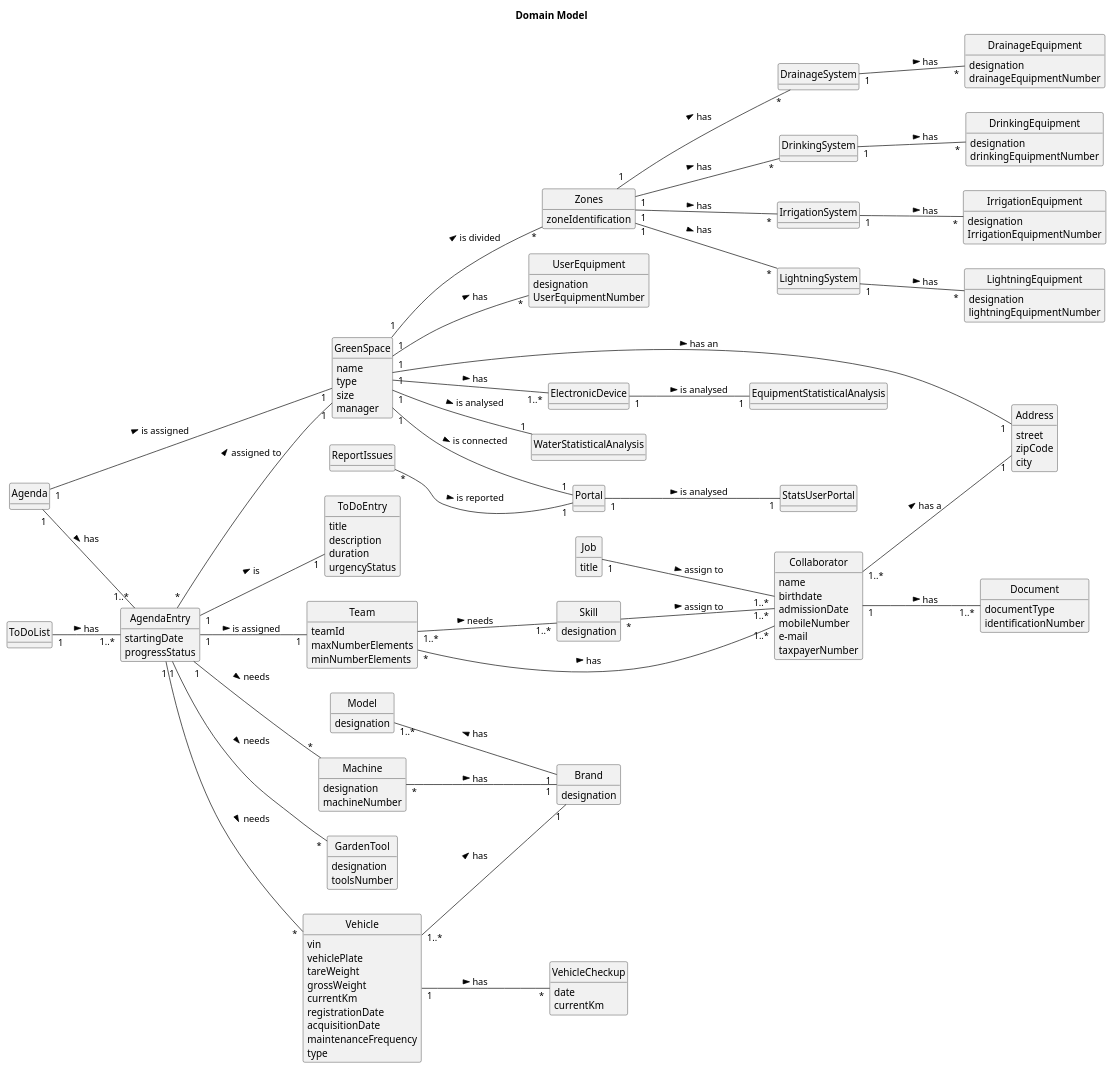
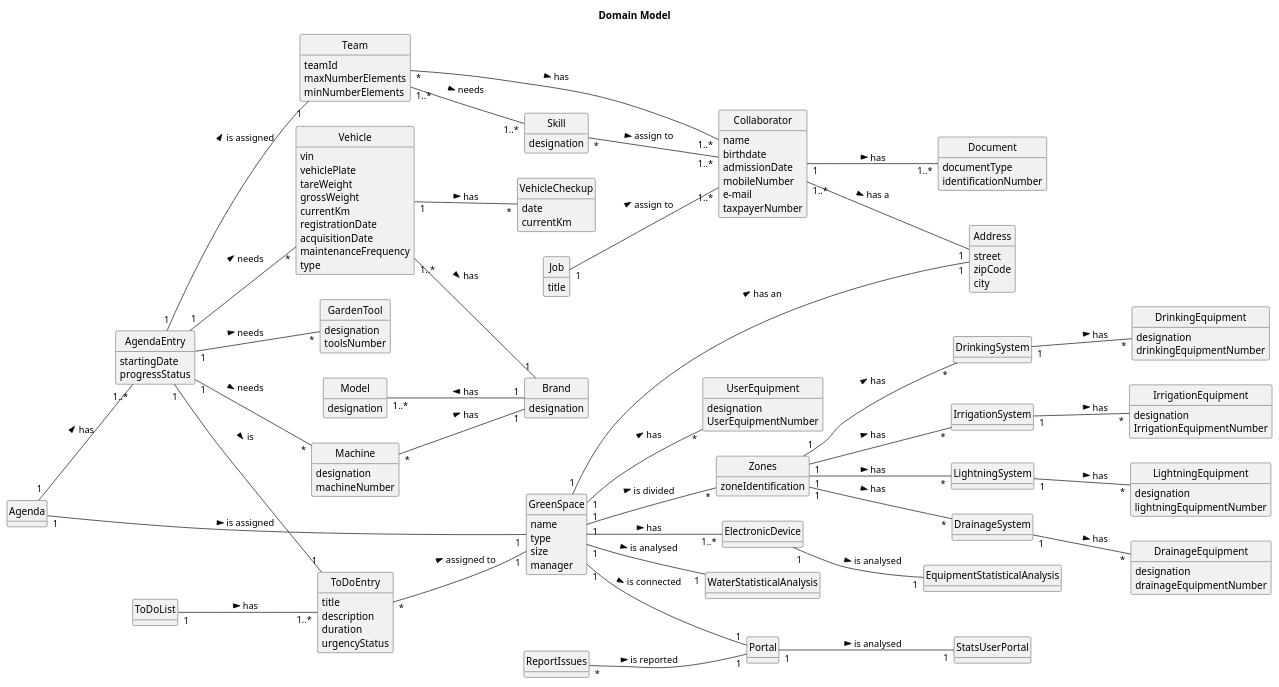
Before and after one commit to ricardomm7/leaflink: the diagram in docs/sprintC/global-artifacts/02.analysis/puml/project-domain-model.puml, drawn with PlantUML. The commit also changed 20 other files, not shown here.

```diff
--- a/docs/sprintC/global-artifacts/02.analysis/puml/project-domain-model.puml
+++ b/docs/sprintC/global-artifacts/02.analysis/puml/project-domain-model.puml
@@ -221,7 +221,7 @@
 
 AgendaEntry "1" -- "*" GardenTool : needs >
 
-AgendaEntry "*" -- "1" GreenSpace: assigned to >
+ToDoEntry "*" -- "1" GreenSpace: assigned to >
 
 GreenSpace "1" -- "1..*" ElectronicDevice: has >
 
@@ -231,7 +231,7 @@
 
 Portal "1" -- "1" StatsUserPortal : is analysed >
 
-ToDoList "1" -- "1..*" AgendaEntry : has >
+ToDoList "1" -- "1..*" ToDoEntry : has >
 
 Agenda "1" -- "1..*" AgendaEntry: has >
 
```
